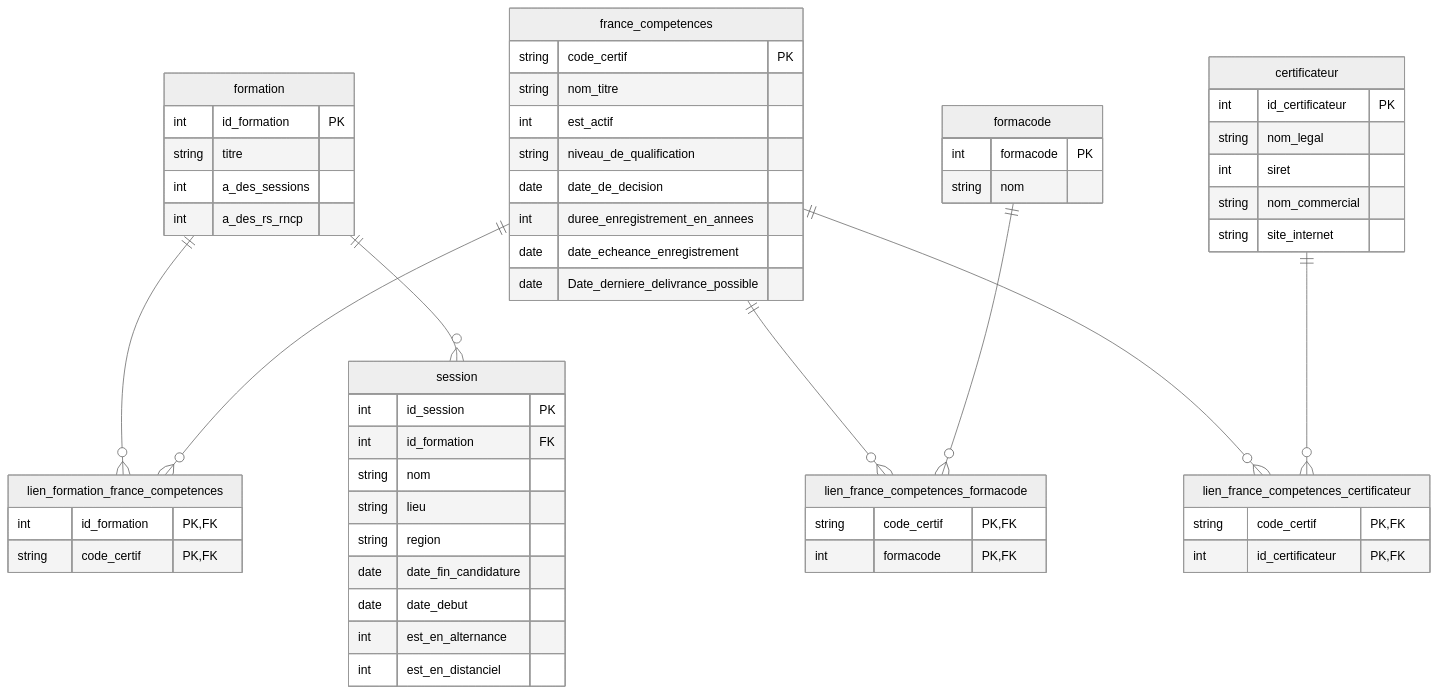
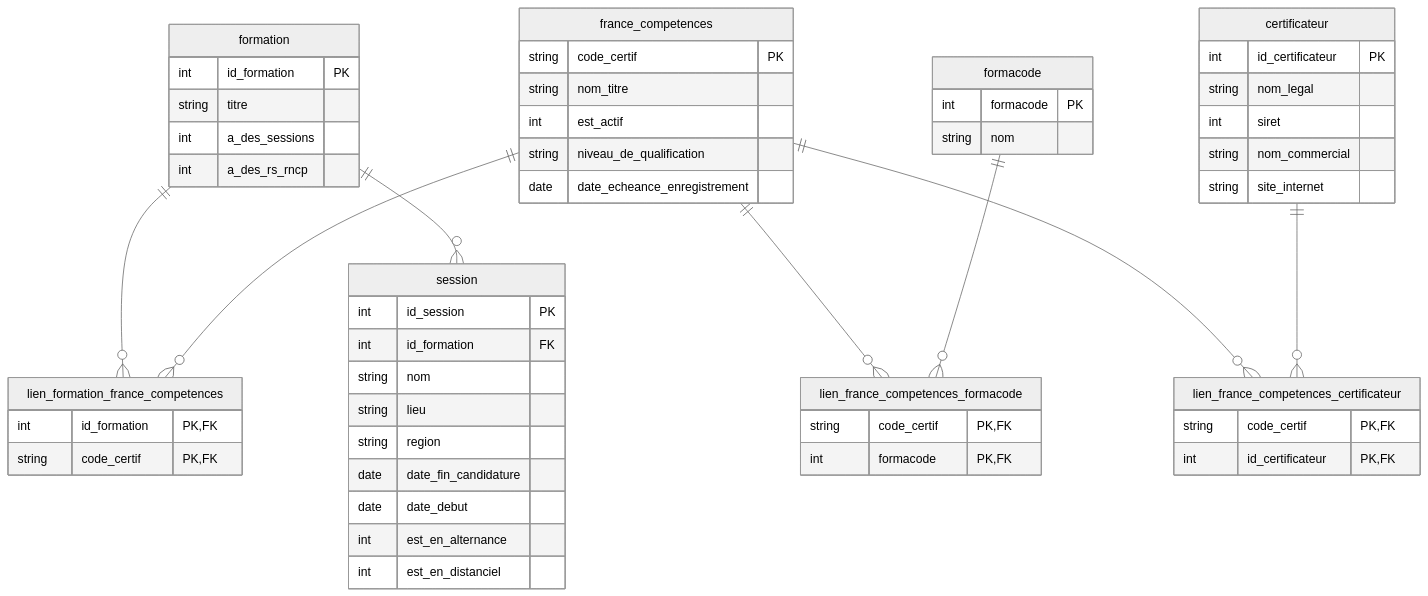
Before and after one commit to StevenDelval/Scraping_formations: the diagram in schema.md, drawn with Mermaid (neutral theme).

Commit message:
Remove item

````diff
--- a/schema.md
+++ b/schema.md
@@ -1,73 +1,70 @@
 ```mermaid
 erDiagram
     formation {
         int id_formation PK
         string titre 
         int a_des_sessions
         int a_des_rs_rncp
        
     }
 
     france_competences {
         string code_certif PK
         string nom_titre
         int est_actif
         string niveau_de_qualification
-        date date_de_decision
-        int duree_enregistrement_en_annees 
         date date_echeance_enregistrement
-        date Date_derniere_delivrance_possible 
     }
     
     lien_formation_france_competences {
         int id_formation PK,FK
         string code_certif PK,FK
     }
 
     formacode{
         int formacode PK
         string nom
     }
 
     lien_france_competences_formacode {
         string code_certif PK,FK
         int formacode PK,FK
     }
 
     certificateur{
         int id_certificateur PK
         string nom_legal
         int siret
         string nom_commercial
         string site_internet 
     }
 
     lien_france_competences_certificateur{
         string code_certif PK,FK
         int id_certificateur PK,FK
     }
 
     session{
         int id_session PK
         int id_formation FK
         string nom
         string lieu
         string region
         date date_fin_candidature
         date date_debut
         int est_en_alternance
         int est_en_distanciel
     }
 
     formation ||--o{ lien_formation_france_competences : ""
     france_competences ||--o{ lien_formation_france_competences : ""
     
     france_competences ||--o{ lien_france_competences_formacode : ""
     formacode ||--o{ lien_france_competences_formacode : ""
     
     france_competences ||--o{ lien_france_competences_certificateur : ""
     certificateur ||--o{ lien_france_competences_certificateur : ""
 
     formation ||--o{ session : ""
     
 ```
````
